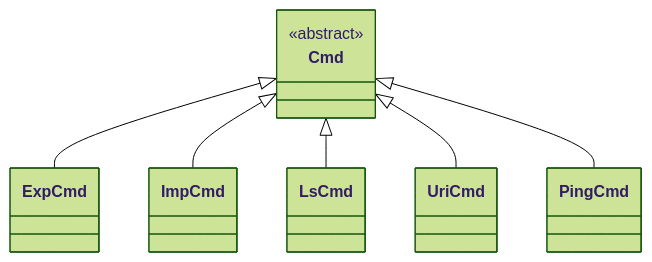
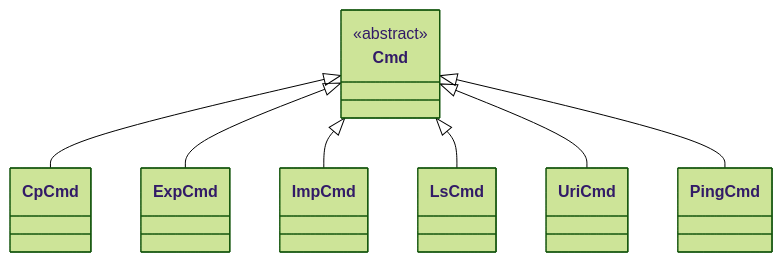
Before and after one commit to chromiodev/chromie-tool: the third of 3 diagrams in docs/spec/design.en.md, drawn with Mermaid (forest theme). The commit also changed other lines of this file and 25 other files, not shown here.

````diff
--- a/docs/spec/design.en.md
+++ b/docs/spec/design.en.md
@@ -149,14 +149,15 @@
 ```mermaid
 classDiagram
   direction TB
 
   class Cmd {
     <<abstract>>
   }
   
+  Cmd <|-- CpCmd
   Cmd <|-- ExpCmd
   Cmd <|-- ImpCmd
   Cmd <|-- LsCmd
   Cmd <|-- UriCmd
   Cmd <|-- PingCmd
 ```
````
